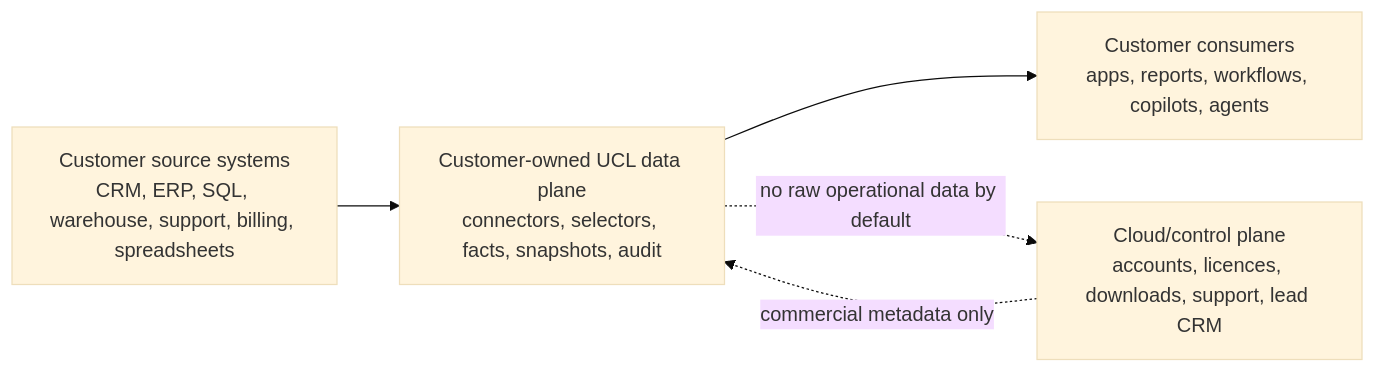
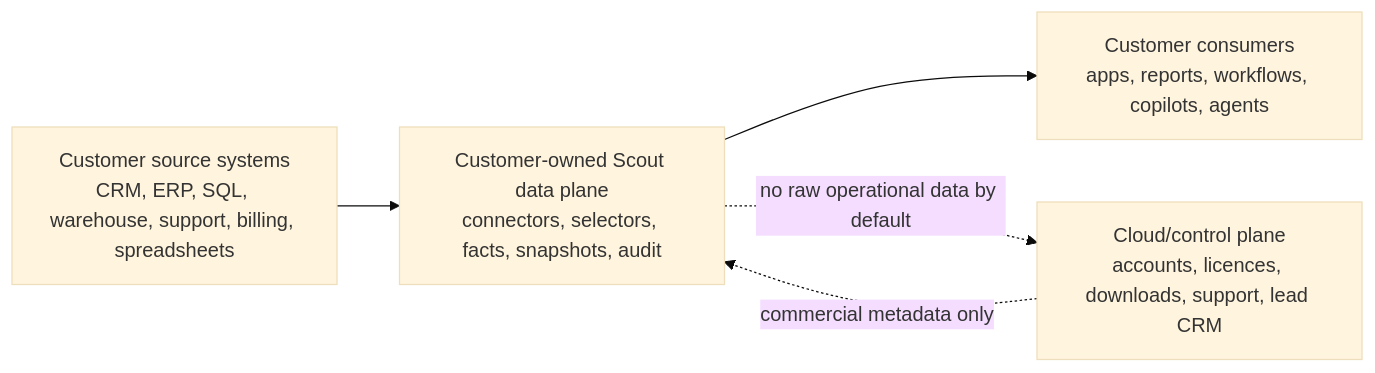
One commit to PaulJMaddison/scout changed the diagram in docs/paid-pilot-proof-package.md. Above: the diagram before and after it, drawn with Mermaid (base theme). The commit also changed other lines of this file and 572 other files, not shown here.

Commit message:
Rebrand open-source repo to KynticAI Scout

````diff
--- a/docs/paid-pilot-proof-package.md
+++ b/docs/paid-pilot-proof-package.md
@@ -54,7 +54,7 @@
 ```mermaid
 flowchart LR
-    A["Customer source systems<br/>CRM, ERP, SQL, warehouse, support, billing, spreadsheets"] --> B["Customer-owned UCL data plane<br/>connectors, selectors, facts, snapshots, audit"]
+    A["Customer source systems<br/>CRM, ERP, SQL, warehouse, support, billing, spreadsheets"] --> B["Customer-owned Scout data plane<br/>connectors, selectors, facts, snapshots, audit"]
     B --> C["Customer consumers<br/>apps, reports, workflows, copilots, agents"]
     D["Cloud/control plane<br/>accounts, licences, downloads, support, lead CRM"] -. "commercial metadata only" .-> B
     B -. "no raw operational data by default" .-> D
 ```
````
